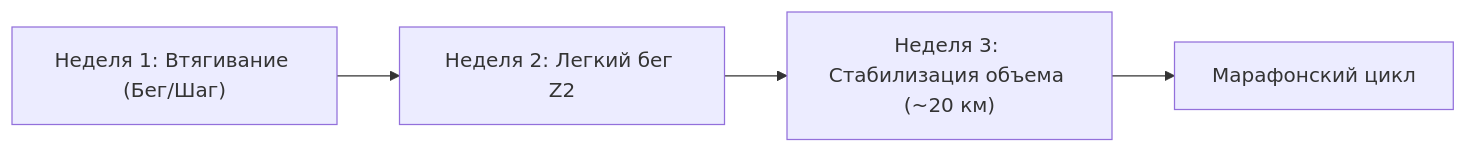
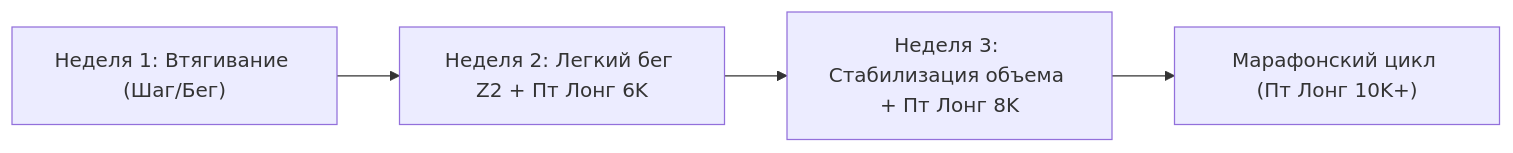
Before and after one commit to ladontsev/garmin-marathon-sub4: the first of 2 diagrams in README.md, drawn with Mermaid. The commit also changed other lines of this file and 5 other files, not shown here.

````diff
--- a/README.md
+++ b/README.md
@@ -77,6 +77,6 @@
 ```mermaid
 flowchart LR
-    W1["Неделя 1: Втягивание (Бег/Шаг)"] --> W2["Неделя 2: Легкий бег Z2"]
-    W2 --> W3["Неделя 3: Стабилизация объема (~20 км)"]
-    W3 --> M["Марафонский цикл"]
+    W1["Неделя 1: Втягивание (Шаг/Бег)"] --> W2["Неделя 2: Легкий бег Z2 + Пт Лонг 6K"]
+    W2 --> W3["Неделя 3: Стабилизация объема + Пт Лонг 8K"]
+    W3 --> M["Марафонский цикл (Пт Лонг 10K+)"]
 ```
````
